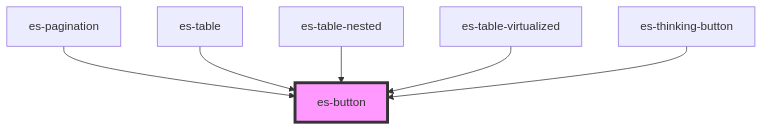
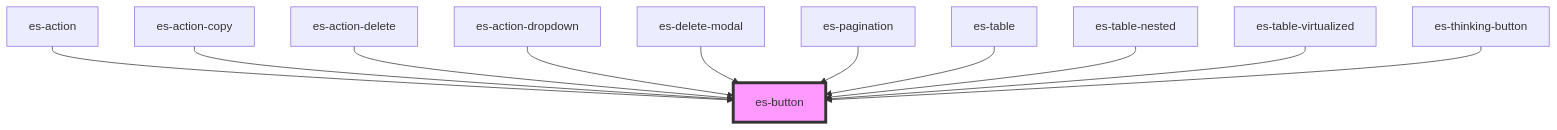
Before and after one commit to EventStore/Design-System: the diagram in packages/components/src/components/buttons/es-button/readme.md, drawn with Mermaid. The commit also changed other lines of this file and 44 other files, not shown here.

````diff
--- a/packages/components/src/components/buttons/es-button/readme.md
+++ b/packages/components/src/components/buttons/es-button/readme.md
@@ -113,9 +118,14 @@
 ```mermaid
 graph TD;
+  es-action --> es-button
+  es-action-copy --> es-button
+  es-action-delete --> es-button
+  es-action-dropdown --> es-button
+  es-delete-modal --> es-button
   es-pagination --> es-button
   es-table --> es-button
   es-table-nested --> es-button
   es-table-virtualized --> es-button
   es-thinking-button --> es-button
   style es-button fill:#f9f,stroke:#333,stroke-width:4px
 ```
````
